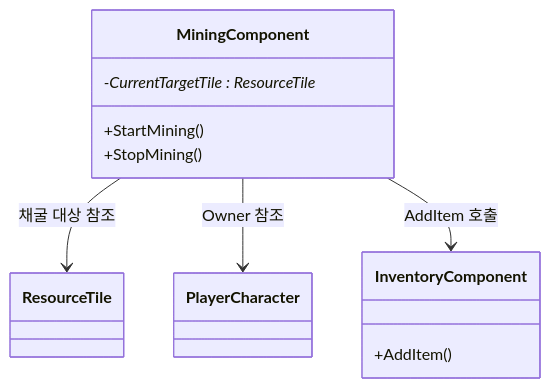
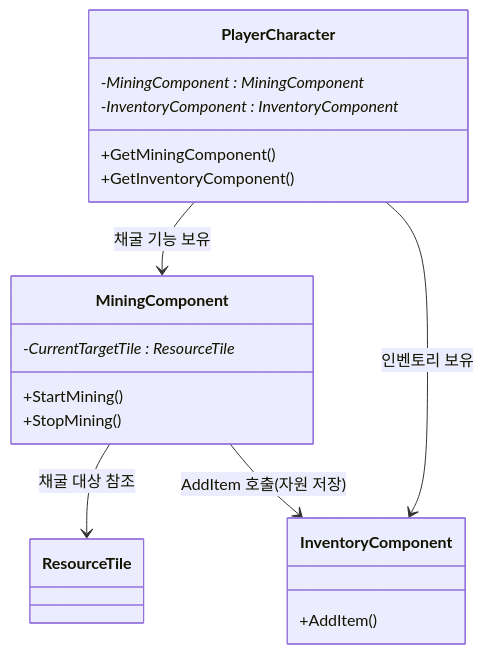
One commit to WJMcode/MBFactorio changed the first of 3 diagrams in README.md. Above: the diagram before and after it, drawn with Mermaid.

````diff
--- a/README.md
+++ b/README.md
@@ -1,20 +1,26 @@
 ```mermaid
 classDiagram
+class PlayerCharacter {
+    -MiningComponent : MiningComponent*
+    -InventoryComponent : InventoryComponent*
+    +GetMiningComponent()
+    +GetInventoryComponent()
+}
+
 class MiningComponent {
     -CurrentTargetTile : ResourceTile*
     +StartMining()
     +StopMining()
 }
 
 class ResourceTile
 
-class PlayerCharacter
-
 class InventoryComponent {
     +AddItem()
 }
 
+PlayerCharacter --> MiningComponent : 채굴 기능 보유
+PlayerCharacter --> InventoryComponent : 인벤토리 보유
 MiningComponent --> ResourceTile : 채굴 대상 참조
-MiningComponent --> PlayerCharacter : Owner 참조
-MiningComponent --> InventoryComponent : AddItem 호출
+MiningComponent --> InventoryComponent : AddItem 호출(자원 저장)
 ```
````
